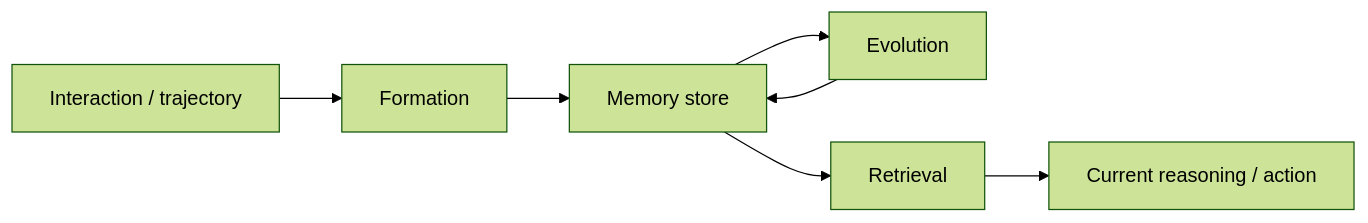
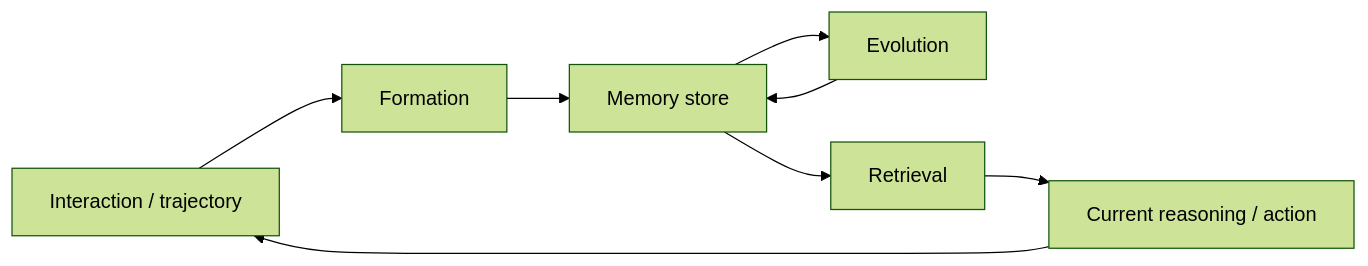
Before and after one commit to MEEEMAO/MEEMAO-obsidian: the third of 3 diagrams in 10-Literature/Memory in the Age of AI Agents.md, drawn with Mermaid (forest theme). The commit also changed other lines of this file, not shown here.

````diff
--- a/10-Literature/Memory in the Age of AI Agents.md
+++ b/10-Literature/Memory in the Age of AI Agents.md
@@ -128,9 +412,10 @@
 ```mermaid
 flowchart LR
     A[Interaction / trajectory] --> B[Formation]
     B --> C[Memory store]
     C --> D[Evolution]
     D --> C
     C --> E[Retrieval]
     E --> F[Current reasoning / action]
+    F --> A
 ```
````
